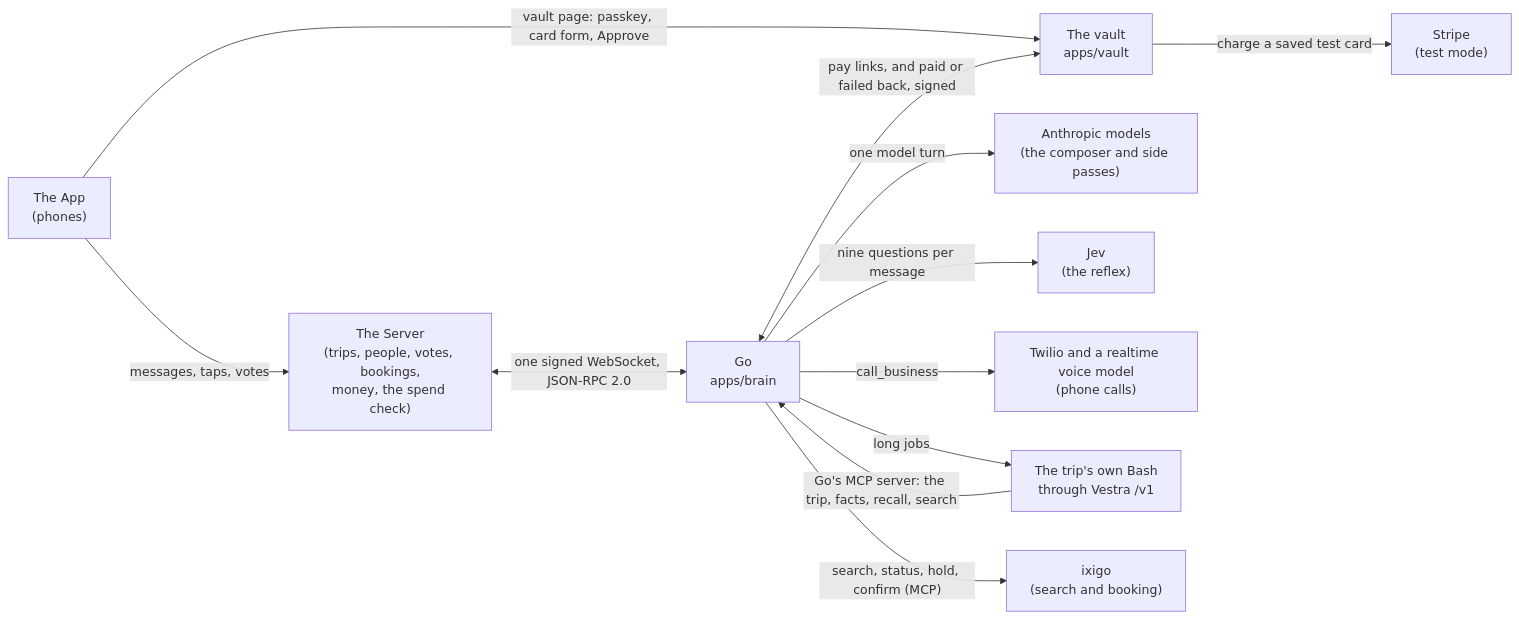
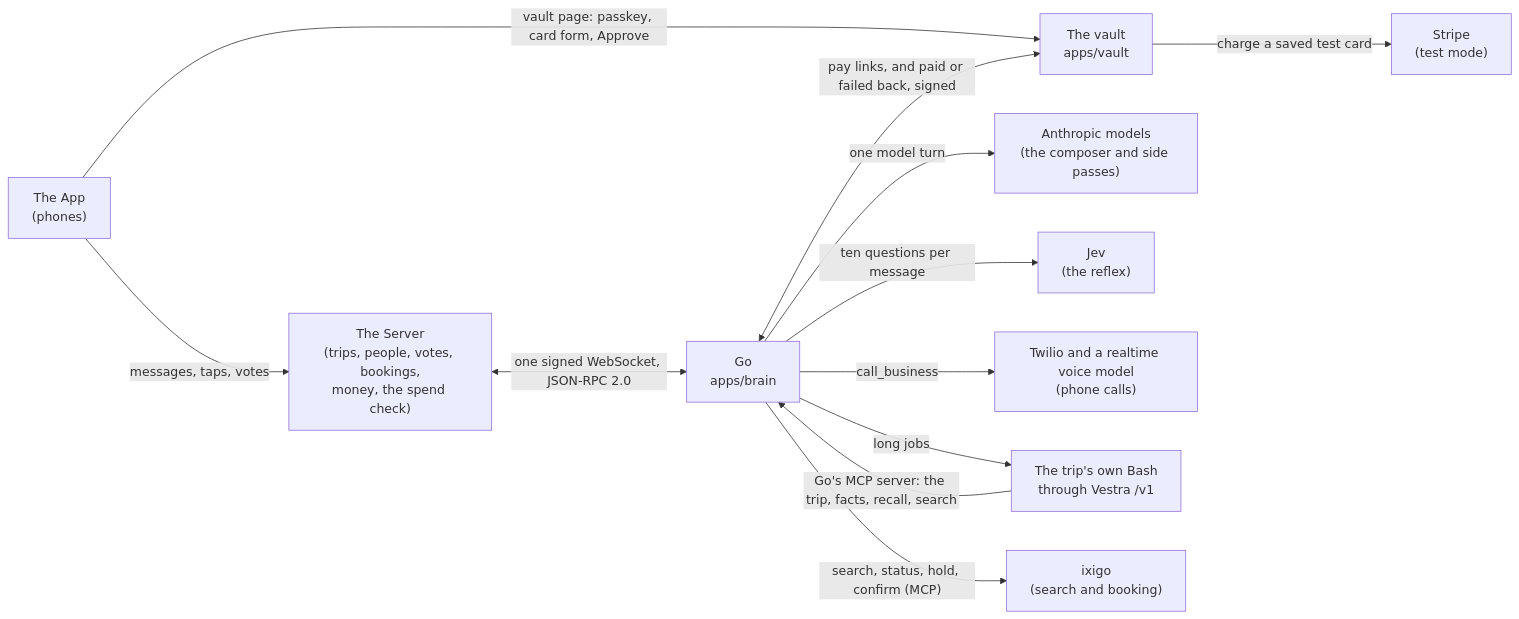
One commit to vestra-ai/go-brain changed the diagram in docs/architecture.md. Above: the diagram before and after it, drawn with Mermaid. The commit also changed other lines of this file and 11 other files, not shown here.

````diff
--- a/docs/architecture.md
+++ b/docs/architecture.md
@@ -9,25 +9,25 @@
 ```mermaid
 flowchart LR
   App["The App<br/>(phones)"]
   Server["The Server<br/>(trips, people, votes, bookings,<br/>money, the spend check)"]
   Go["Go<br/>apps/brain"]
   Vault["The vault<br/>apps/vault"]
   Stripe["Stripe<br/>(test mode)"]
   Models["Anthropic models<br/>(the composer and side passes)"]
   Jev["Jev<br/>(the reflex)"]
   Phone["Twilio and a realtime voice model<br/>(phone calls)"]
   Bash["The trip's own Bash<br/>through Vestra /v1"]
   Ixigo["ixigo<br/>(search and booking)"]
 
   App -- "messages, taps, votes" --> Server
   Server <-- "one signed WebSocket, JSON-RPC 2.0" --> Go
   App -- "vault page: passkey, card form, Approve" --> Vault
   Vault -- "charge a saved test card" --> Stripe
   Go -- "one model turn" --> Models
-  Go -- "nine questions per message" --> Jev
+  Go -- "ten questions per message" --> Jev
   Go -- "call_business" --> Phone
   Go <-- "pay links, and paid or failed back, signed" --> Vault
   Go -- "long jobs" --> Bash
   Bash -- "Go's MCP server: the trip, facts, recall, search" --> Go
   Go -- "search, status, hold, confirm (MCP)" --> Ixigo
 ```
````
